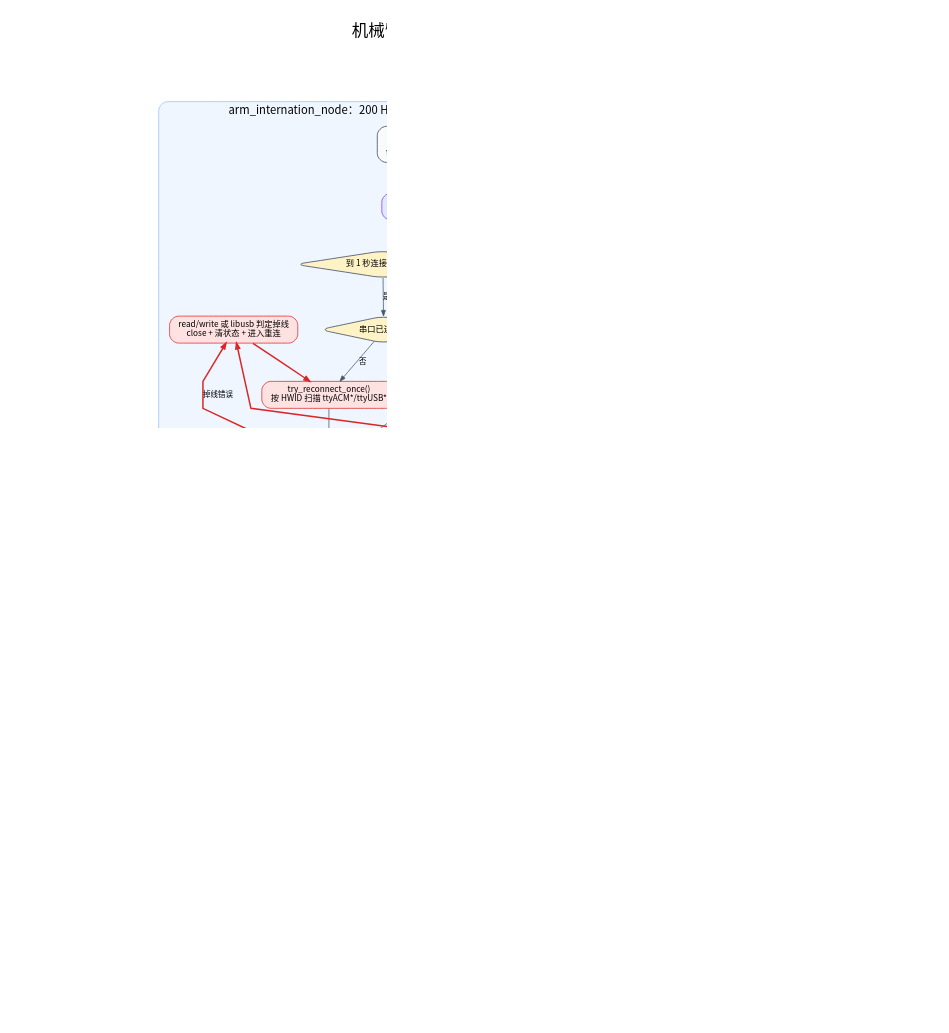
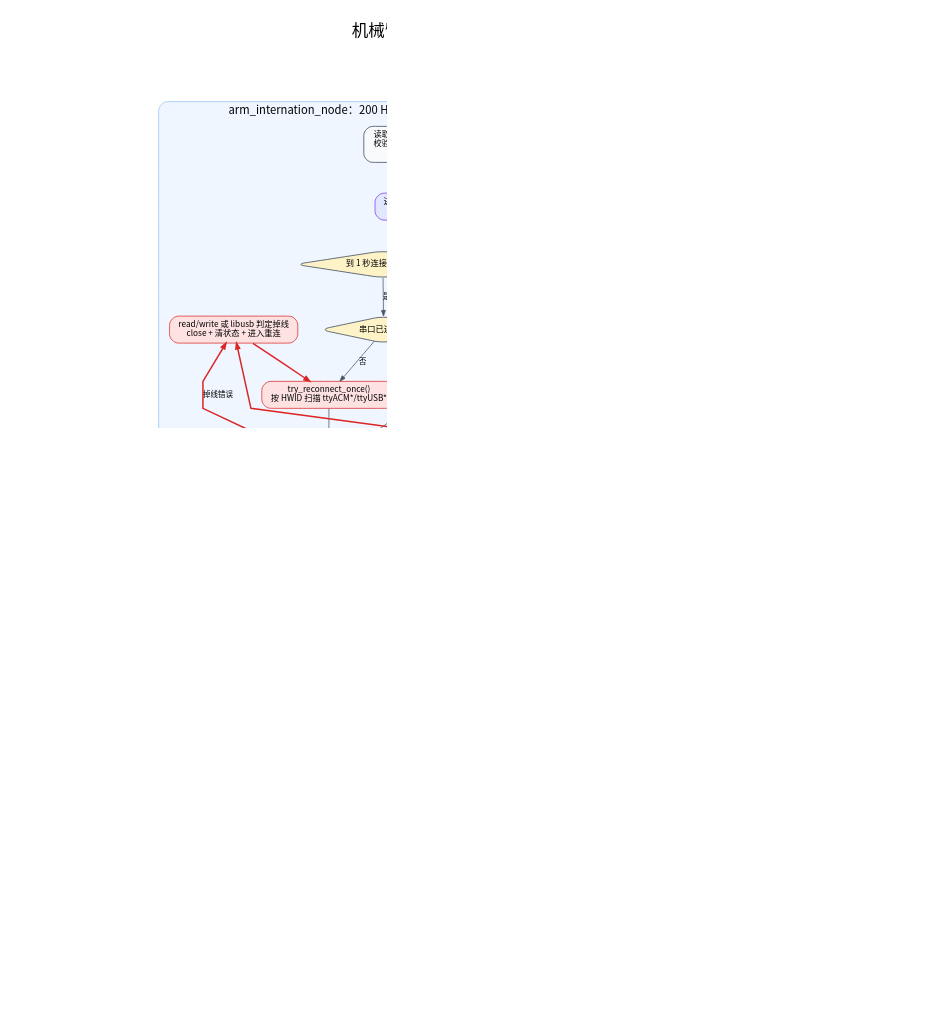
Before and after one commit to night8858/toe26_dogvision: the diagram in docs/program_execution_flow/02_arm_execution.dot, drawn with Graphviz. The commit also changed 22 other files, not shown here.

```diff
--- a/docs/program_execution_flow/02_arm_execution.dot
+++ b/docs/program_execution_flow/02_arm_execution.dot
@@ -29,7 +29,7 @@
   ];
 
   launch [
-    label="arm_control.launch\n启动两个节点\n默认 protocol=4dof",
+    label="arm_control.launch\n启动两个节点\nprotocol=compiled（仅校验）",
     fillcolor="#DCFCE7",
     color="#15803D",
     penwidth=2
@@ -84,7 +84,7 @@
     fillcolor="#EFF6FF";
 
     comm_init [
-      label="设置 BB/4DOF 协议与缩放\n配置 HWID 自动重连\n创建 cmd 订阅与 data 发布"
+      label="读取编译时锁定的 AA/BB 协议\n校验 protocol 参数并设置缩放\n配置 HWID 自动重连"
     ];
     loop_start [label="进入 while (rclcpp::ok())\n记录当前时间", fillcolor="#E0E7FF", color="#7C3AED"];
     conn_due [label="到 1 秒连接检查点？", shape=diamond, fillcolor="#FEF3C7"];
```
